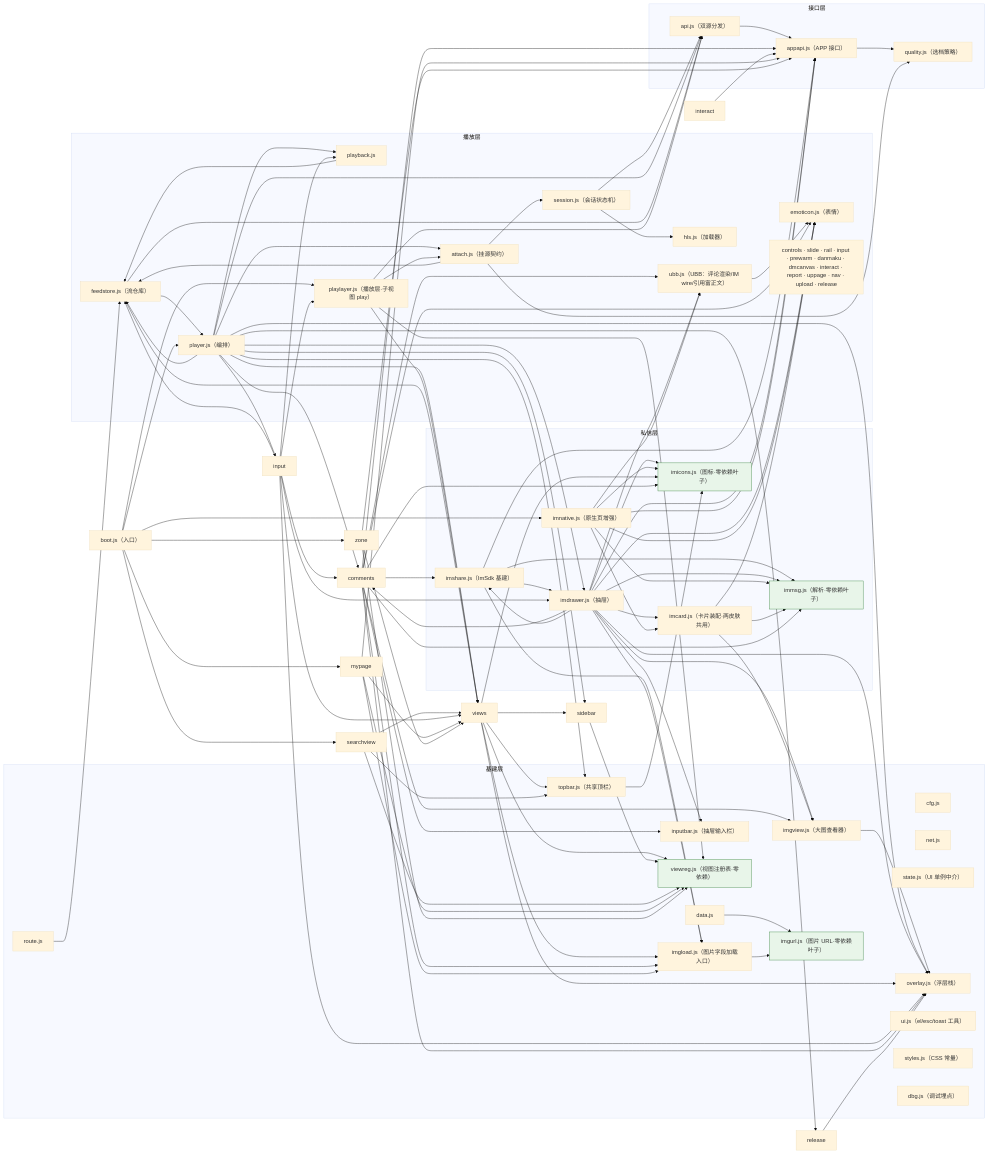
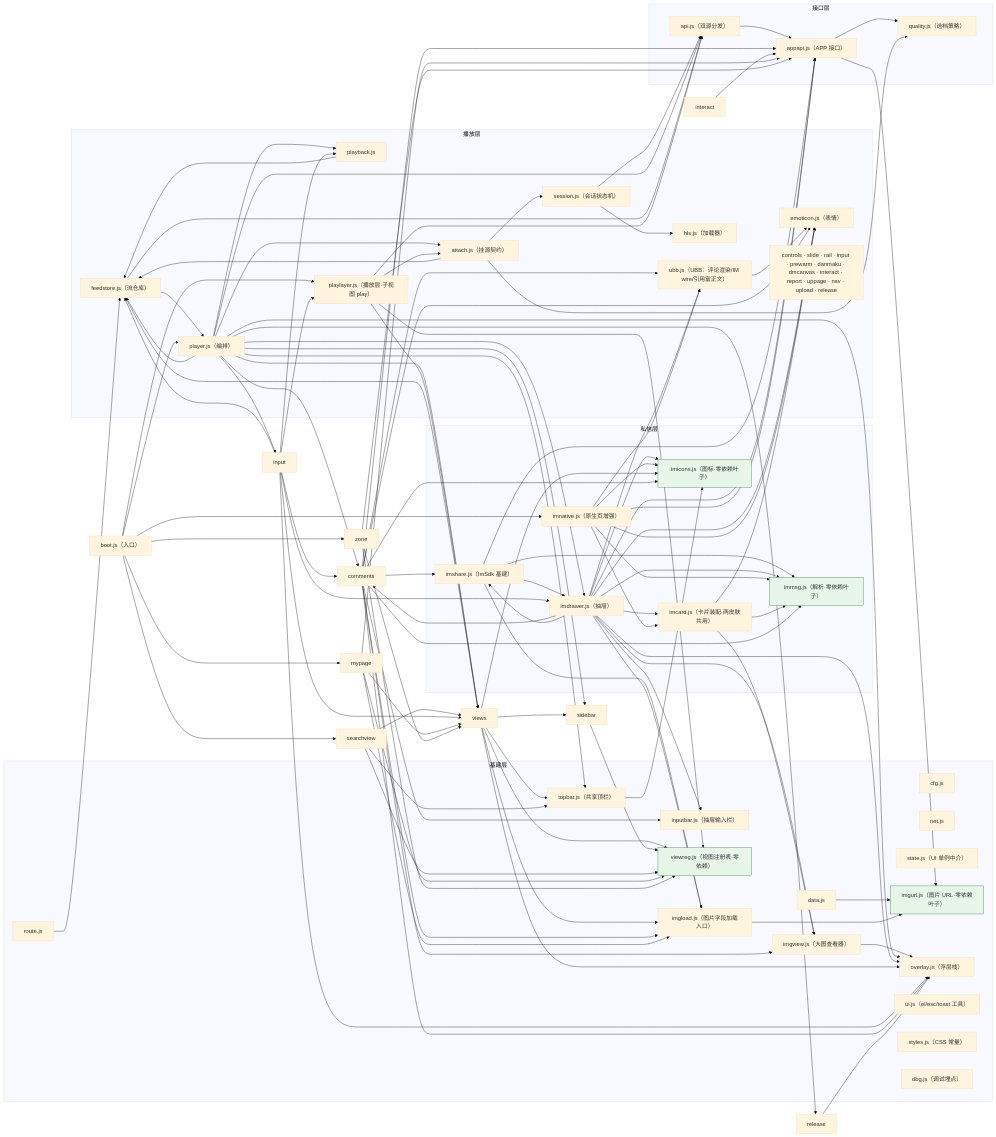
One commit to name-xxl/acfun-svfeed changed the diagram in README.md. Above: the diagram before and after it, drawn with Mermaid (base theme). The commit also changed other lines of this file and 20 other files, not shown here.

````diff
--- a/README.md
+++ b/README.md
@@ -271,81 +288,82 @@
 ```mermaid
 flowchart LR
   subgraph base["基建层"]
     cfg["cfg.js"]
     net["net.js"]
     data["data.js"]
     state["state.js（UI 单例中介）"]
     route["route.js"]
     imgview["imgview.js（大图查看器）"]
     inputbar["inputbar.js（抽屉输入栏）"]
     imgurl["imgurl.js（图片 URL·零依赖叶子）"]
     viewreg["viewreg.js（视图注册表·零依赖）"]
     imgload["imgload.js（图片字段加载入口）"]
     overlay["overlay.js（浮层栈）"]
     topbar["topbar.js（共享顶栏）"]
     ui["ui.js（el/esc/toast 工具）"]
     styles["styles.js（CSS 常量）"]
     dbg["dbg.js（调试埋点）"]
   end
 
   subgraph apilayer["接口层"]
     api["api.js（双源分发）"]
     appapi["appapi.js（APP 接口）"]
     quality["quality.js（选档策略）"]
   end
 
   subgraph play["播放层"]
     hls["hls.js（加载器）"]
     session["session.js（会话状态机）"]
     attach["attach.js（挂源契约）"]
     player["player.js（编排）"]
     feedstore["feedstore.js（流仓库）"]
     pb["playback.js"]
     ubb["ubb.js（UBB：评论渲染/IM wire/引用富正文）"]
     emoticon["emoticon.js（表情）"]
     playlayer["playlayer.js（播放层·子视图 play）"]
     others["controls · slide · rail · input · prewarm · danmaku · dmcanvas · interact · report · uppage · nav · upload · release"]
   end
 
   subgraph im["私信层"]
     imshare["imshare.js（ImSdk 基建）"]
     imdrawer["imdrawer.js（抽屉）"]
     imnative["imnative.js（原生页增强）"]
     imcard["imcard.js（卡片装配·两皮肤共用）"]
     immsg["immsg.js（解析·零依赖叶子）"]
     imicons["imicons.js（图标·零依赖叶子）"]
   end
 
   boot["boot.js（入口）"]
   data --> imgurl
   route --> feedstore
   imgview --> overlay
   imgload --> imgurl
   topbar --> imicons
   api --> appapi
   appapi --> quality
+  appapi --> imgurl
   session --> api & hls
   attach --> feedstore & quality & session
   player --> api & attach & comments & feedstore & imdrawer & input & overlay & pb & release & sidebar & topbar & views
   feedstore --> api & player
   pb --> feedstore
   ubb --> emoticon
   playlayer --> api & attach & viewreg & views
   imshare --> appapi & imdrawer & imgload & immsg
   imdrawer --> appapi & comments & emoticon & imcard & imgload & imgview & imicons & immsg & imshare & inputbar & overlay & ubb
   imnative --> appapi & emoticon & imcard & imicons & immsg & ubb
   imcard --> emoticon & imgview & immsg
   boot --> imnative & mypage & player & playlayer & searchview & zone
   views --> feedstore & imgload & imicons & overlay & sidebar & topbar & viewreg
   sidebar --> viewreg
   searchview --> topbar & viewreg & views
   input --> comments & feedstore & imdrawer & overlay & pb & playlayer & views
   comments --> appapi & emoticon & imgload & imgview & imicons & immsg & imshare & inputbar & overlay & ubb
   interact --> appapi
   release --> overlay
   mypage --> appapi & imgload & viewreg & views
   zone --> appapi & viewreg & views
 
   classDef leaf fill:#e8f5e9,stroke:#2e7d32;
   class immsg,imicons,imgurl,viewreg leaf;
 ```
````
